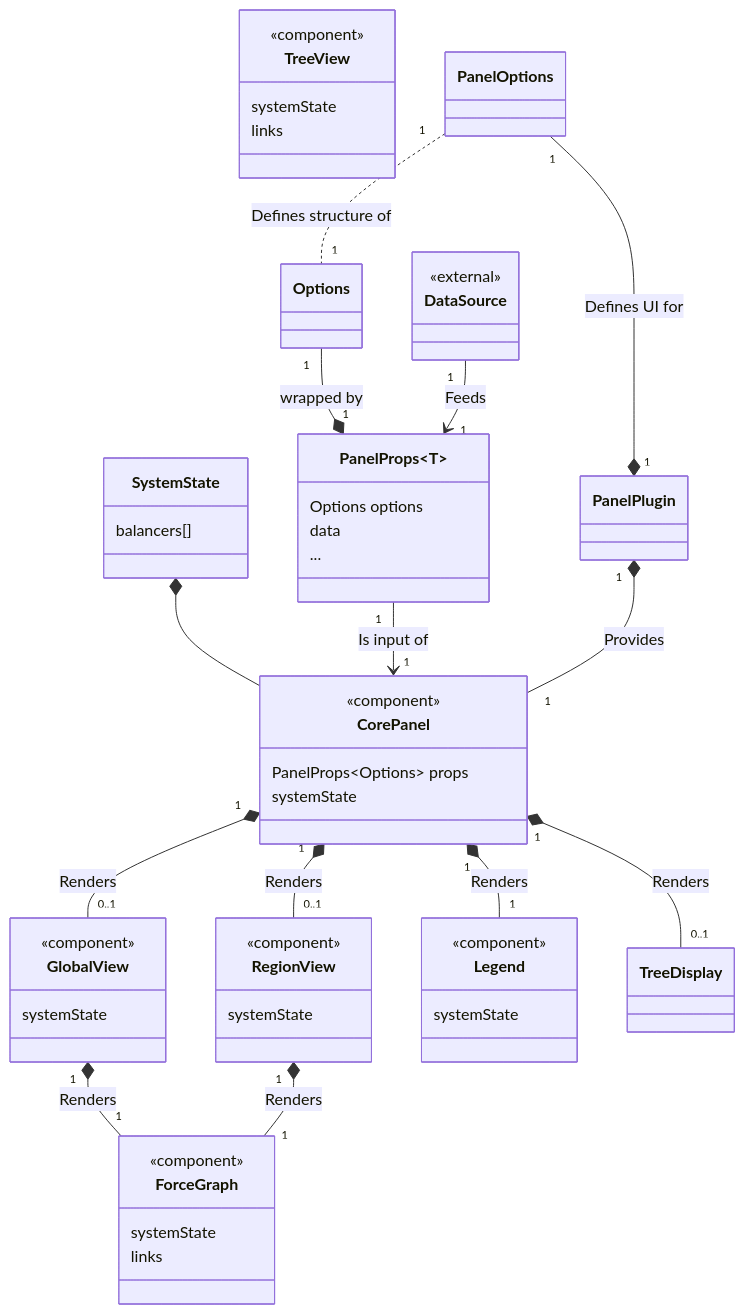
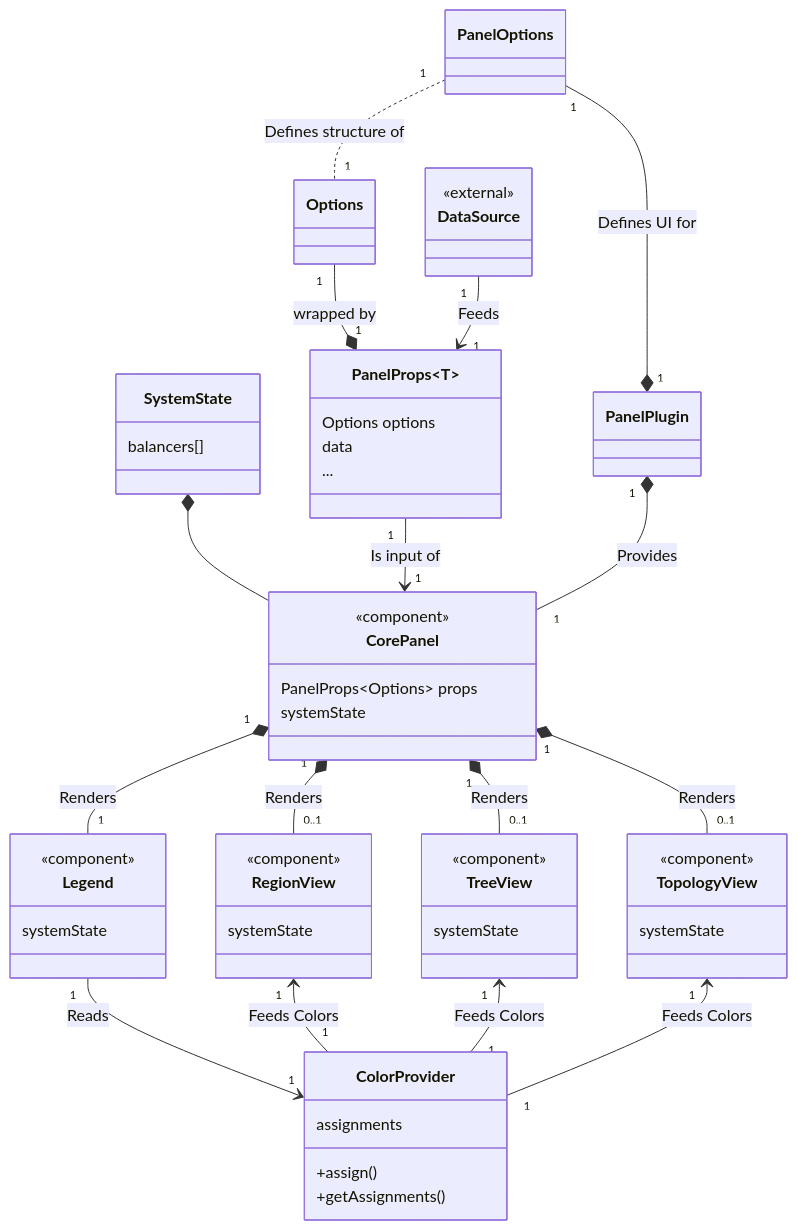
The diagram in figures/vis/panel-internal-class.mmd (dyc3/senior-design), drawn with Mermaid before and after one commit. The commit also changed 1 other file, not shown here.

Commit message:
update figure panel-internal-class (#401)

```diff
--- a/figures/vis/panel-internal-class.mmd
+++ b/figures/vis/panel-internal-class.mmd
@@ -1,61 +1,62 @@
 classDiagram
     class PanelPlugin
     class PanelProps~T~ {
         Options options
         data
         ...
     }
     class CorePanel {
         <<component>>
         PanelProps~Options~ props
         systemState
     }
-    class GlobalView {
-        <<component>>
-        systemState
-    }
     class RegionView {
         <<component>>
         systemState
     }
     class DataSource {
         <<external>>
     }
     class TreeView {
         <<component>>
         systemState
-        links
+    }
+    class TopologyView {
+        <<component>>
+        systemState
     }
     class SystemState {
         balancers[]
     }
     class Legend {
         <<component>>
         systemState
     }
-    class ForceGraph {
-        <<component>>
-        systemState
-        links
+    class ColorProvider {
+        assignments
+        +assign()
+        +getAssignments()
     }
 
     SystemState *-- CorePanel
     PanelOptions "1" --* "1" PanelPlugin : Defines UI for
     PanelOptions "1" .. "1" Options : Defines structure of
     PanelProps "1" --> "1" CorePanel : Is input of
     Options "1" --* "1" PanelProps : wrapped by
     DataSource "1" --> "1" PanelProps : Feeds
     PanelPlugin "1" *-- "1" CorePanel : Provides
-    CorePanel "1" *-- "0..1" GlobalView : Renders
     CorePanel "1" *-- "0..1" RegionView : Renders
-    CorePanel "1" *-- "0..1" TreeDisplay : Renders
+    CorePanel "1" *-- "0..1" TreeView : Renders
+    CorePanel "1" *-- "0..1" TopologyView : Renders
     CorePanel "1" *-- "1" Legend : Renders
-    GlobalView "1" *-- "1" ForceGraph : Renders
-    RegionView "1" *-- "1" ForceGraph : Renders
+    Legend "1" --> "1" ColorProvider : Reads
+    RegionView "1" <-- "1" ColorProvider : Feeds Colors
+    TreeView "1" <-- "1" ColorProvider : Feeds Colors
+    TopologyView "1" <-- "1" ColorProvider : Feeds Colors
 
 
     %% FIXME: not supported on mermaid 10.6, requires upgrading to 10.7
     %% style DataSource stroke:,stroke-dasharray:5 5
     %% style PanelProps stroke:,stroke-dasharray:5 5
     %% style PanelPlugin stroke:,stroke-dasharray:5 5
     %% style PanelOptions stroke:,stroke-dasharray:5 5
```
